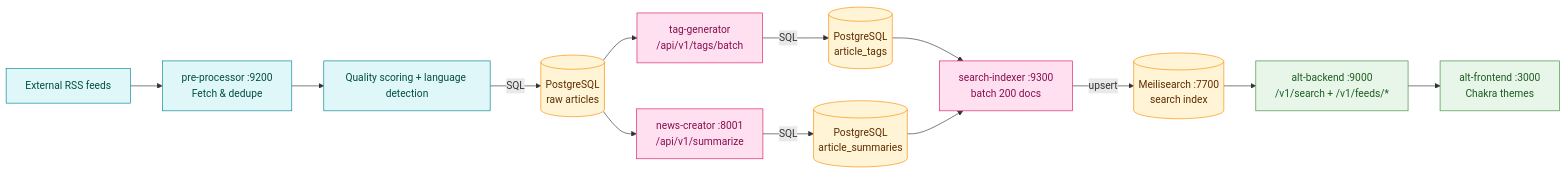
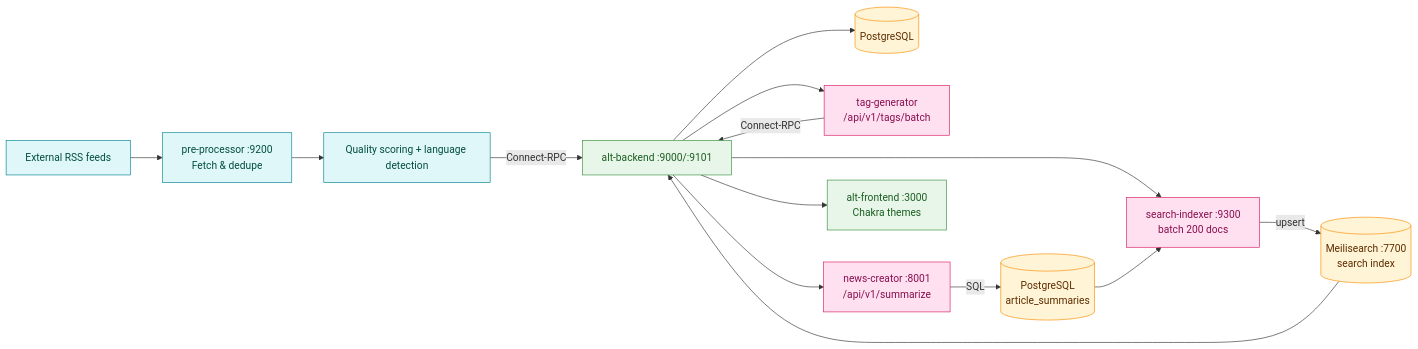
The third of 12 diagrams in README.md (Kaikei-e/Alt), drawn with Mermaid before and after one commit. The commit also changed other lines of this file, not shown here.

````diff
--- a/README.md
+++ b/README.md
@@ -314,20 +315,21 @@
 ```mermaid
 flowchart LR
     classDef ingest fill:#e0f7fa,stroke:#00838f,color:#004d40
     classDef ai fill:#ffe0f0,stroke:#d81b60,color:#880e4f
     classDef storage fill:#fff4d5,stroke:#fb8c00,color:#5d2c00
     classDef surface fill:#e8f5e9,stroke:#388e3c,color:#1b5e20
 
     RSS[External RSS feeds]:::ingest --> Fetch[pre-processor :9200<br/>Fetch & dedupe]:::ingest
     Fetch --> Score[Quality scoring + language detection]:::ingest
-    Score -->|SQL| RawDB[(PostgreSQL<br/>raw articles)]:::storage
-    RawDB --> TagJob[tag-generator<br/>/api/v1/tags/batch]:::ai
-    RawDB --> SummaryJob[news-creator :8001<br/>/api/v1/summarize]:::ai
-    TagJob -->|SQL| TagDB[(PostgreSQL<br/>article_tags)]:::storage
+    Score -->|Connect-RPC| Backend[alt-backend :9000/:9101]:::surface
+    Backend --> DB[(PostgreSQL)]:::storage
+    Backend --> TagJob[tag-generator<br/>/api/v1/tags/batch]:::ai
+    Backend --> SummaryJob[news-creator :8001<br/>/api/v1/summarize]:::ai
+    TagJob -->|Connect-RPC| Backend
     SummaryJob -->|SQL| SummaryDB[(PostgreSQL<br/>article_summaries)]:::storage
-    TagDB --> IndexBatch[search-indexer :9300<br/>batch 200 docs]:::ai
+    Backend --> IndexBatch[search-indexer :9300<br/>batch 200 docs]:::ai
     SummaryDB --> IndexBatch
     IndexBatch -->|upsert| Meili[(Meilisearch :7700<br/>search index)]:::storage
-    Meili --> API[alt-backend :9000<br/>/v1/search + /v1/feeds/*]:::surface
-    API --> Frontend[alt-frontend :3000<br/>Chakra themes]:::surface
+    Meili --> Backend
+    Backend --> Frontend[alt-frontend :3000<br/>Chakra themes]:::surface
 ```
````
